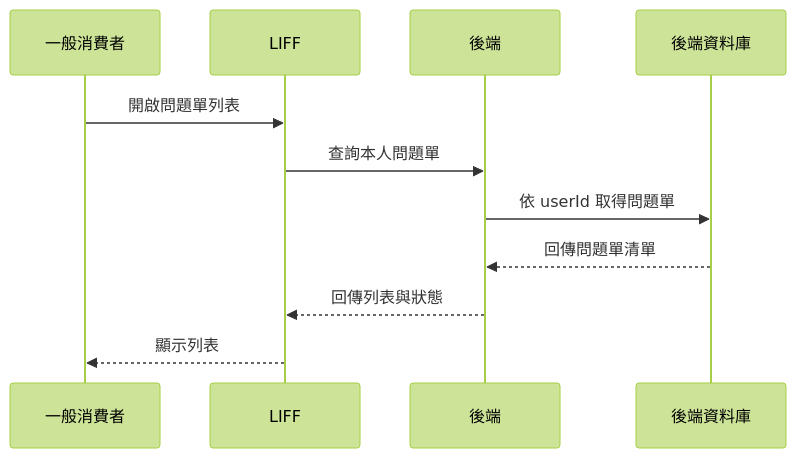
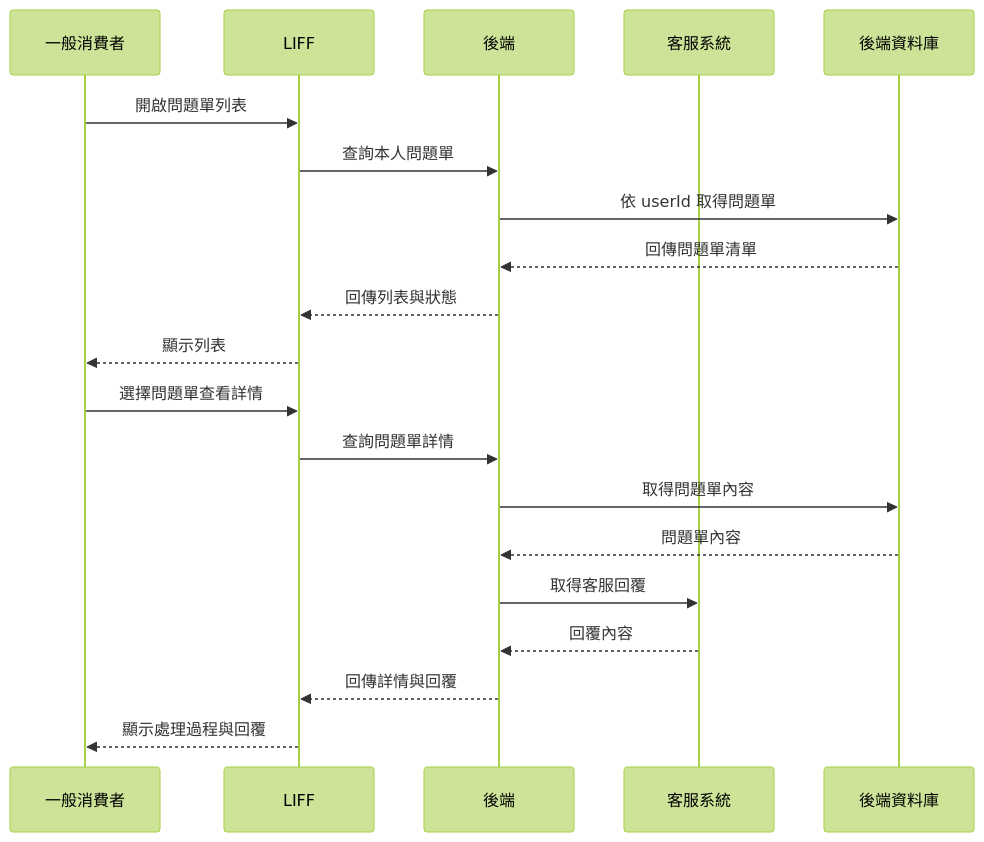
One commit to mozohu/zgovend changed the diagram in docs/flows/consumer-cs-list.mmd. Above: the diagram before and after it, drawn with Mermaid (forest theme). The commit also changed 15 other files, not shown here.

```diff
--- a/docs/flows/consumer-cs-list.mmd
+++ b/docs/flows/consumer-cs-list.mmd
@@ -1,12 +1,22 @@
 sequenceDiagram
   participant U as 一般消費者
   participant L as LIFF
   participant B as 後端
+  participant C as 客服系統
   participant D as 後端資料庫
 
   U->>L: 開啟問題單列表
   L->>B: 查詢本人問題單
   B->>D: 依 userId 取得問題單
   D-->>B: 回傳問題單清單
   B-->>L: 回傳列表與狀態
   L-->>U: 顯示列表
+
+  U->>L: 選擇問題單查看詳情
+  L->>B: 查詢問題單詳情
+  B->>D: 取得問題單內容
+  D-->>B: 問題單內容
+  B->>C: 取得客服回覆
+  C-->>B: 回覆內容
+  B-->>L: 回傳詳情與回覆
+  L-->>U: 顯示處理過程與回覆
```
